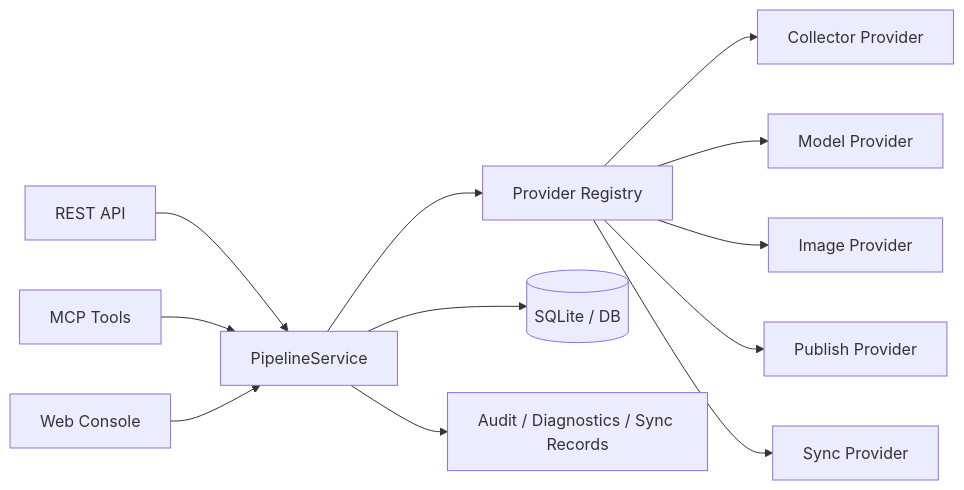
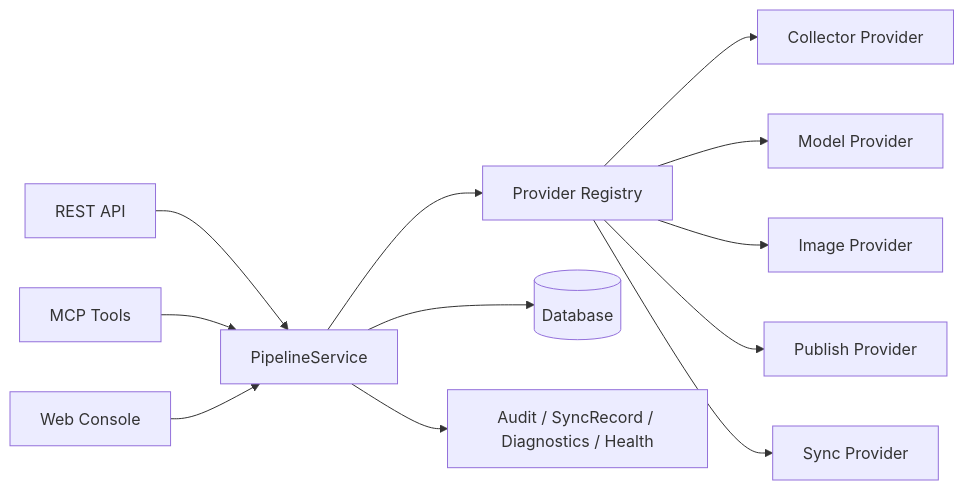
One commit to FRANKOUST/Rednote-agent-pro changed the diagram in README.md. Above: the diagram before and after it, drawn with Mermaid. The commit also changed other lines of this file, not shown here.

````diff
--- a/README.md
+++ b/README.md
@@ -68,16 +141,16 @@
 ```mermaid
 flowchart LR
     A[REST API] --> S[PipelineService]
     B[MCP Tools] --> S
     C[Web Console] --> S
 
     S --> R[Provider Registry]
     R --> CP[Collector Provider]
     R --> MP[Model Provider]
     R --> IP[Image Provider]
     R --> PP[Publish Provider]
     R --> SP[Sync Provider]
 
-    S --> DB[(SQLite / DB)]
-    S --> AUD[Audit / Diagnostics / Sync Records]
+    S --> DB[(Database)]
+    S --> OBS[Audit / SyncRecord / Diagnostics / Health]
 ```
````
